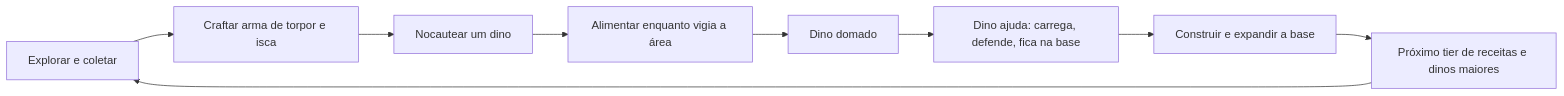
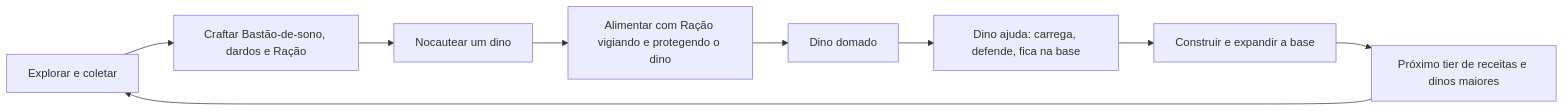
One commit to rotteny/dinovale changed the first of 2 diagrams in docs/PLANEJAMENTO.md. Above: the diagram before and after it, drawn with Mermaid. The commit also changed other lines of this file and 19 other files, not shown here.

````diff
--- a/docs/PLANEJAMENTO.md
+++ b/docs/PLANEJAMENTO.md
@@ -39,11 +42,11 @@
 ```mermaid
 flowchart LR
-  A[Explorar e coletar] --> B[Craftar arma de torpor e isca]
+  A[Explorar e coletar] --> B[Craftar Bastão-de-sono, dardos e Ração]
   B --> C[Nocautear um dino]
-  C --> D[Alimentar enquanto vigia a área]
+  C --> D[Alimentar com Ração vigiando e protegendo o dino]
   D --> E[Dino domado]
   E --> F[Dino ajuda: carrega, defende, fica na base]
   F --> G[Construir e expandir a base]
   G --> H[Próximo tier de receitas e dinos maiores]
   H --> A
 ```
````
